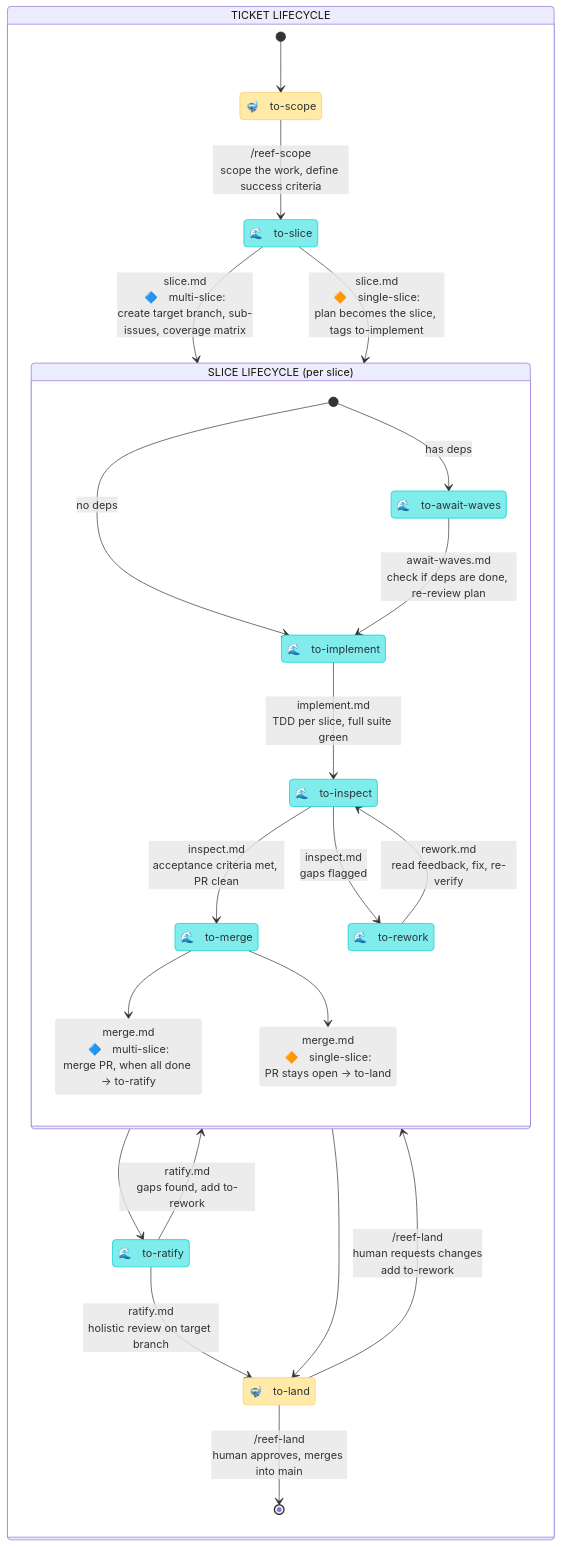
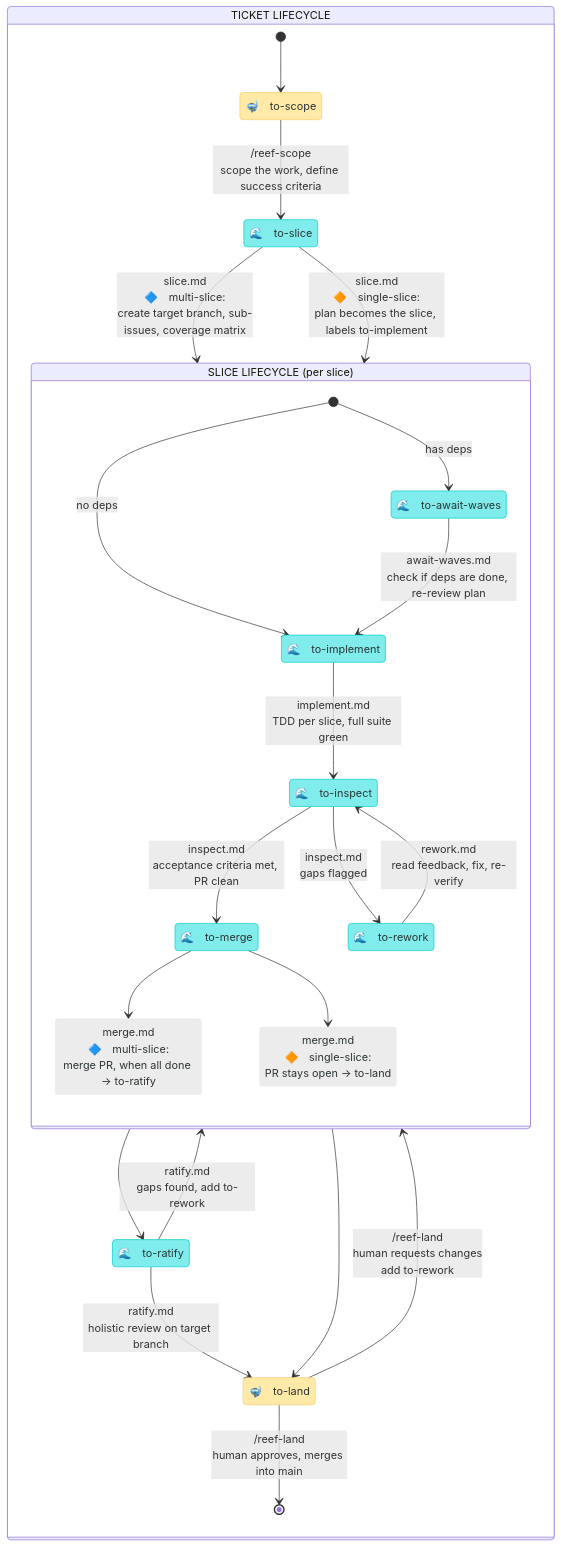
Before and after one commit to mesqueeb/moonjelly-reef: the diagram in README.md, drawn with Mermaid. The commit also changed other lines of this file and 15 other files, not shown here.

````diff
--- a/README.md
+++ b/README.md
@@ -30,51 +30,51 @@
 ```mermaid
 stateDiagram-v2
     direction TB
 
     classDef human fill:#ffeaa7,stroke:#fdcb6e,color:#2d3436
     classDef agent fill:#81ecec,stroke:#00cec9,color:#2d3436
     classDef arrow fill:#ececec,stroke:#ffffff00,color:#2d3436
 
     state "TICKET LIFECYCLE" as work {
 
         state "🤿　to-scope" as to_scope
         state "🌊　to-slice" as to_slice
         state "🌊　to-ratify" as to_ratify
         state "🤿　to-land" as to_land
 
         [*] --> to_scope
         to_scope --> to_slice : /reef-scope<br />scope the work, define success criteria
         to_slice --> slice_lifecycle : slice.md<br />🔷　multi-slice:<br />create target branch, sub-issues, coverage matrix
-        to_slice --> slice_lifecycle : slice.md<br />🔶　single-slice:<br />plan becomes the slice, tags to-implement
+        to_slice --> slice_lifecycle : slice.md<br />🔶　single-slice:<br />plan becomes the slice, labels to-implement
         slice_lifecycle --> to_ratify
         slice_lifecycle --> to_land
         to_ratify --> to_land : ratify.md<br />holistic review on target branch
         to_ratify --> slice_lifecycle : ratify.md<br />gaps found, add to-rework
         to_land --> [*] : /reef-land<br />human approves, merges into main
         to_land --> slice_lifecycle : /reef-land<br />human requests changes<br />add to-rework
     }
 
     state "SLICE LIFECYCLE (per slice)" as slice_lifecycle {
 
         state "🌊　to-await-waves" as to_await
         state "🌊　to-implement" as to_implement
         state "🌊　to-inspect" as to_inspect
         state "🌊　to-rework" as to_rework
         state "🌊　to-merge" as to_merge
         state "merge.md<br />🔷　multi-slice:<br />merge PR, when all done → to-ratify" as merge_multi
         state "merge.md<br />🔶　single-slice:<br />PR stays open → to-land" as merge_single
         [*] --> to_implement : no deps
         [*] --> to_await : has deps
         to_await --> to_implement : await-waves.md<br />check if deps are done, re-review plan
         to_implement --> to_inspect : implement.md<br />TDD per slice, full suite green
         to_inspect --> to_merge : inspect.md<br />acceptance criteria met, PR clean
         to_inspect --> to_rework : inspect.md<br />gaps flagged
         to_rework --> to_inspect : rework.md<br />read feedback, fix, re-verify
         to_merge --> merge_multi
         to_merge --> merge_single
     }
 
     class to_scope,to_land human
     class to_slice,to_ratify,plan_rework,to_await,to_implement,to_inspect,to_rework,to_merge agent
     class merge_multi,merge_single arrow
 ```
````
